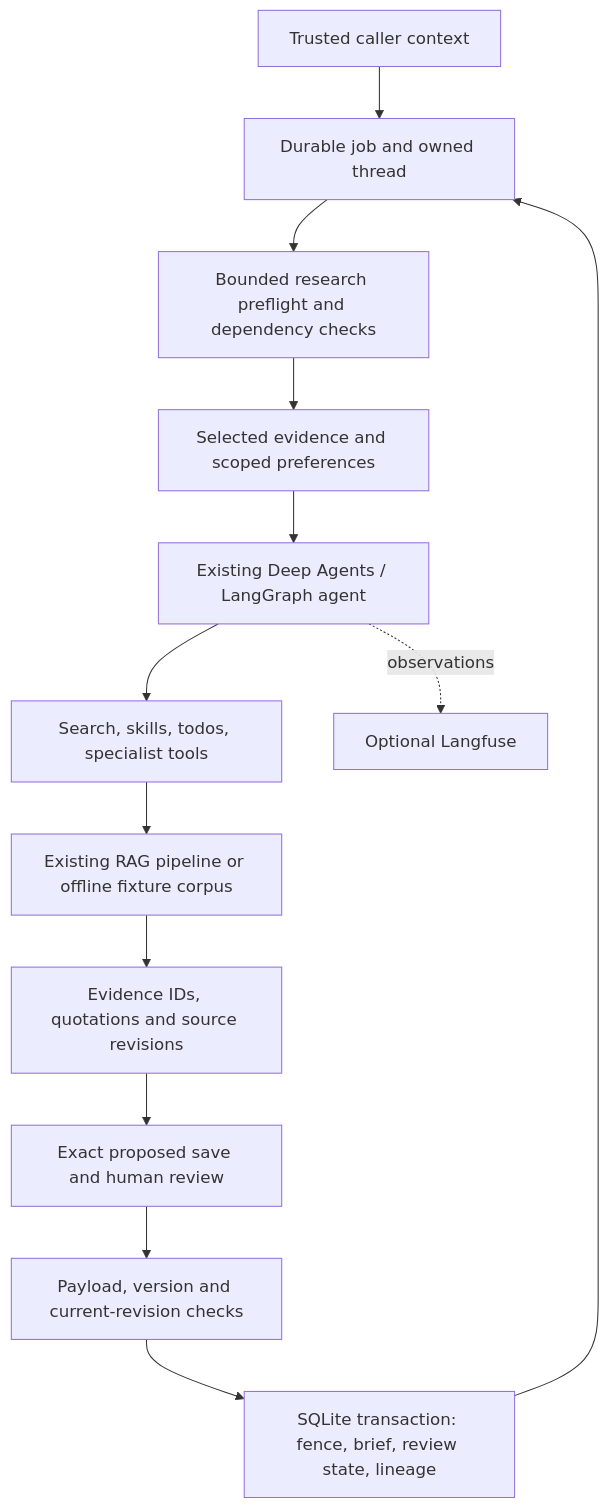
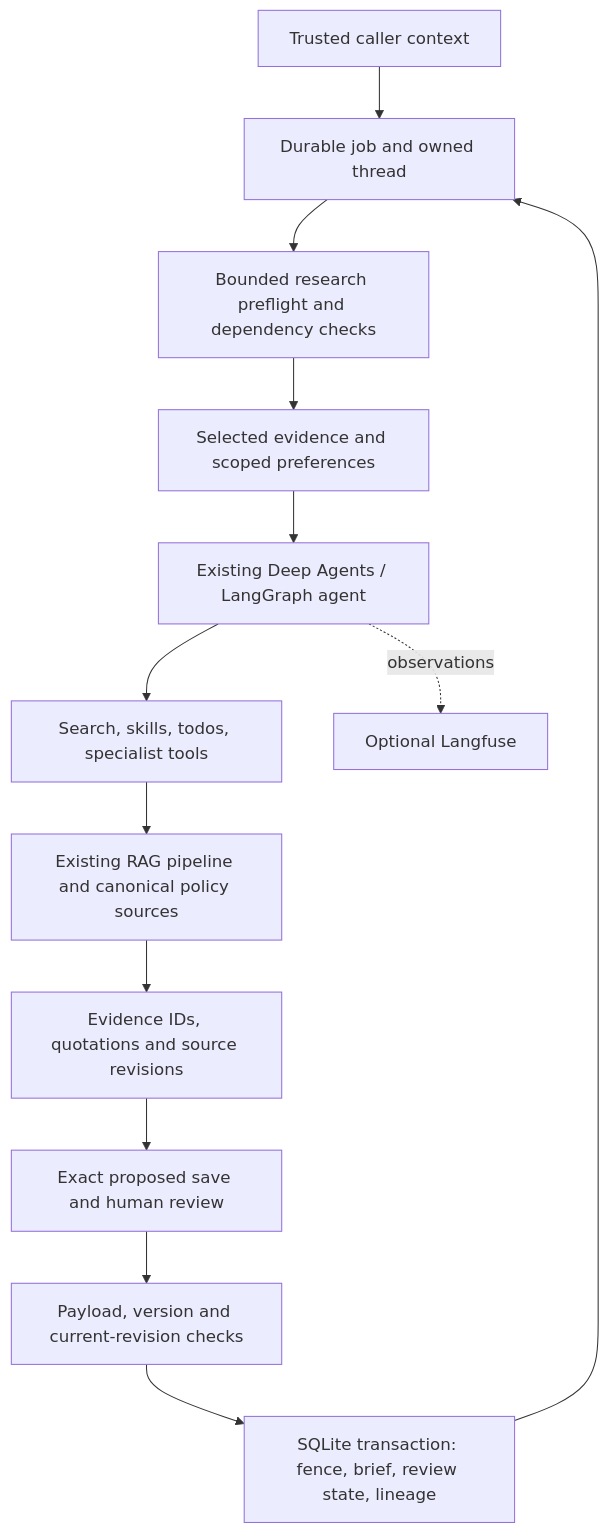
One commit to imrahamed/Deep-Agent-Lab changed the diagram in docs/architecture.md. Above: the diagram before and after it, drawn with Mermaid. The commit also changed 110 other files, not shown here.

````diff
--- a/docs/architecture.md
+++ b/docs/architecture.md
@@ -9,15 +9,15 @@
 ```mermaid
 flowchart TD
   U[Trusted caller context] --> J[Durable job and owned thread]
   J --> P[Bounded research preflight and dependency checks]
   P --> C[Selected evidence and scoped preferences]
   C --> A[Existing Deep Agents / LangGraph agent]
   A --> T[Search, skills, todos, specialist tools]
-  T --> R[Existing RAG pipeline or offline fixture corpus]
+  T --> R[Existing RAG pipeline and canonical policy sources]
   R --> E[Evidence IDs, quotations and source revisions]
   E --> H[Exact proposed save and human review]
   H --> V[Payload, version and current-revision checks]
   V --> W[SQLite transaction: fence, brief, review state, lineage]
   W --> J
   A -. observations .-> L[Optional Langfuse]
 ```
````
